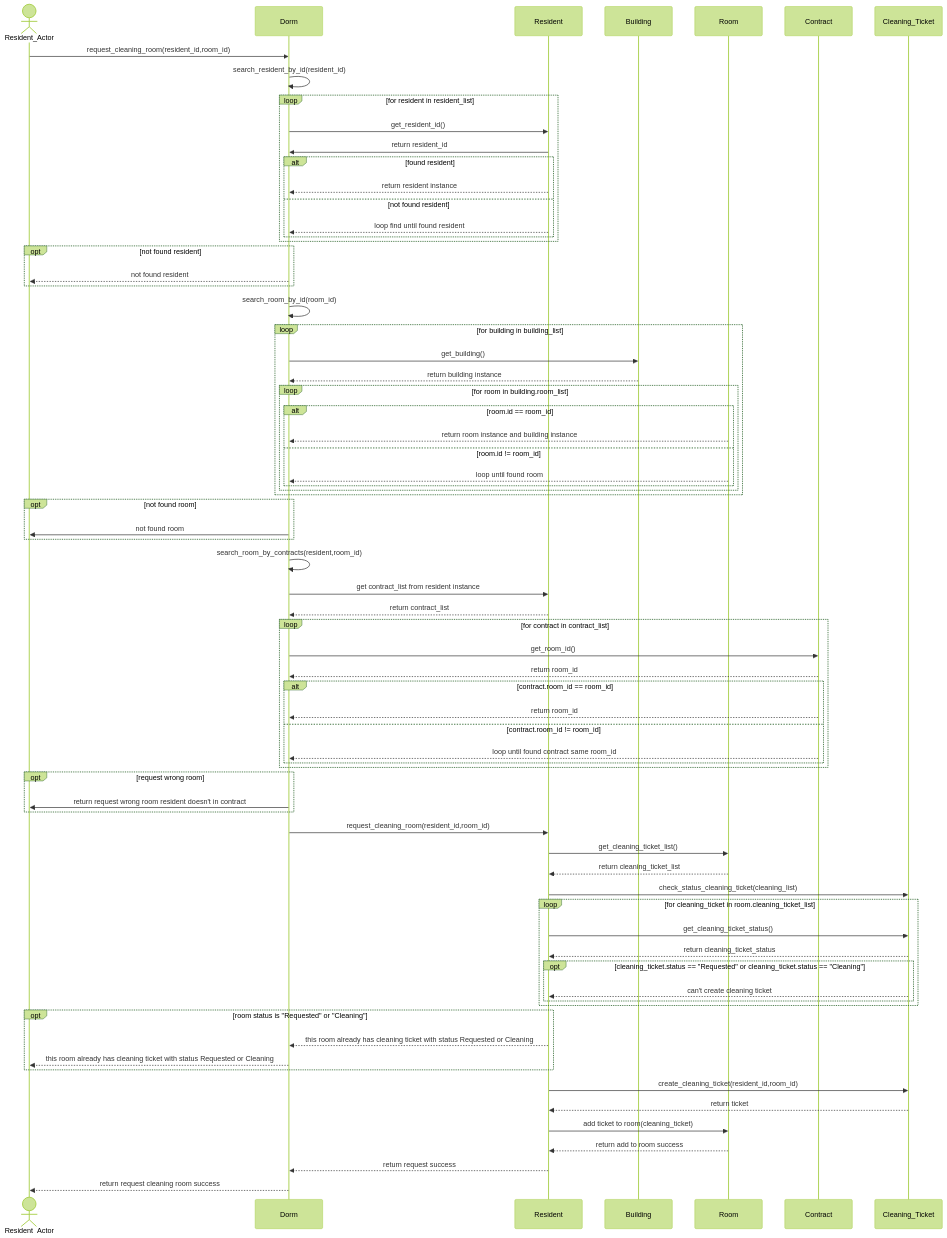
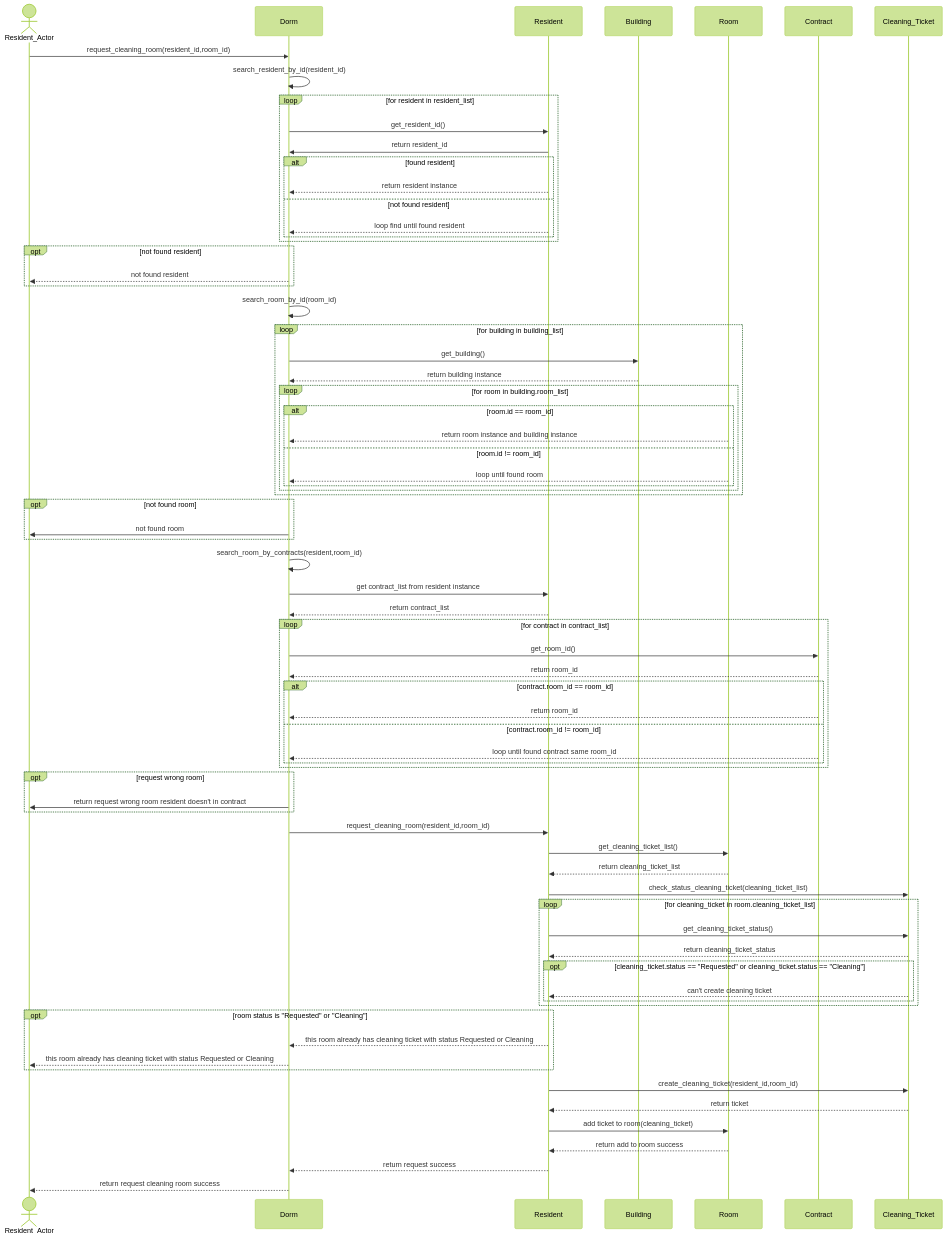
Before and after one commit to rnjjkk/Ducky-Dicka: the diagram in sequence/request_cleaning_room/request_cleaning_room.mmd, drawn with Mermaid. The commit also changed 2 other files, not shown here.

Commit message:
import cleaning_ticket to resident

```diff
--- a/sequence/request_cleaning_room/request_cleaning_room.mmd
+++ b/sequence/request_cleaning_room/request_cleaning_room.mmd
@@ -1,104 +1,104 @@
 %%{init: {"theme": "forest"}}%%
 sequenceDiagram
     %% participant
     actor resAc as Resident_Actor
     participant d as Dorm
     participant res as Resident
     participant b as Building
     participant room as Room
     participant contract as Contract
     participant cleaning_ticket as Cleaning_Ticket
 
     resAc ->> d:request_cleaning_room(resident_id,room_id)
 
     d ->> d:search_resident_by_id(resident_id)
 
     loop for resident in resident_list
 
         d ->> res:get_resident_id()
         res ->> d:return resident_id
 
         alt found resident
             res -->> d:return resident instance
         else not found resident
             res -->> d:loop find until found resident
         end
 
     end
 
     opt not found resident
         d -->> resAc:not found resident
     end
 
     d ->> d:search_room_by_id(room_id)
 
     loop for building in building_list
     
         d ->> b:get_building()
         b -->> d:return building instance
 
         loop for room in building.room_list
         
             alt room.id == room_id
                 room -->> d:return room instance and building instance
             else room.id != room_id
                 room -->>d:loop until found room
 
             end
         end
     end
 
     opt not found room
         d ->> resAc:not found room
     end
 
     d ->>d:search_room_by_contracts(resident,room_id)
 
     d ->> res:get contract_list from resident instance
     res -->> d:return contract_list
 
     loop for contract in contract_list
 
         d ->> contract:get_room_id()
         contract -->> d:return room_id
 
         alt contract.room_id == room_id
             contract -->> d:return room_id
         else contract.room_id != room_id
             contract -->> d:loop until found contract same room_id
         end
     
     end
     
     opt request wrong room
     d ->> resAc:return request wrong room resident doesn't in contract
     end
 
     d ->> res:request_cleaning_room(resident_id,room_id)
     res ->> room:get_cleaning_ticket_list()
     room -->> res:return cleaning_ticket_list
-    res ->> cleaning_ticket:check_status_cleaning_ticket(cleaning_list)
+    res ->> cleaning_ticket:check_status_cleaning_ticket(cleaning_ticket_list)
     
     loop for cleaning_ticket in room.cleaning_ticket_list
 
         res ->> cleaning_ticket:get_cleaning_ticket_status()
         cleaning_ticket -->> res:return cleaning_ticket_status
 
         opt cleaning_ticket.status == "Requested" or cleaning_ticket.status == "Cleaning"
             cleaning_ticket -->> res:can't create cleaning ticket
         end
 
     end
     
     opt room status is "Requested" or "Cleaning"
         res -->> d:this room already has cleaning ticket with status Requested or Cleaning
         d -->> resAc:this room already has cleaning ticket with status Requested or Cleaning
     end
     
     
     res ->> cleaning_ticket:create_cleaning_ticket(resident_id,room_id)
     cleaning_ticket -->> res:return ticket 
     res ->> room:add ticket to room(cleaning_ticket)
     room -->> res:return add to room success
     res -->> d:return request success
     d -->> resAc:return request cleaning room success
```
